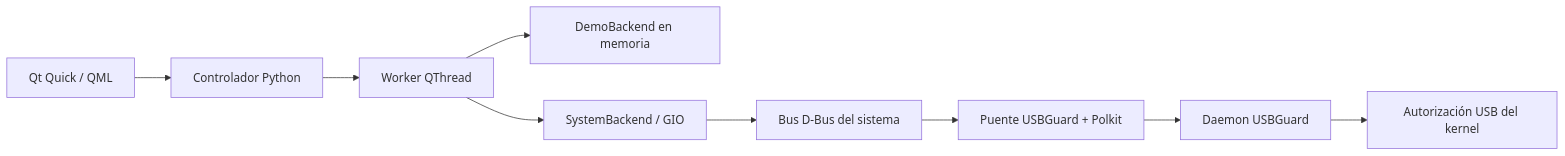
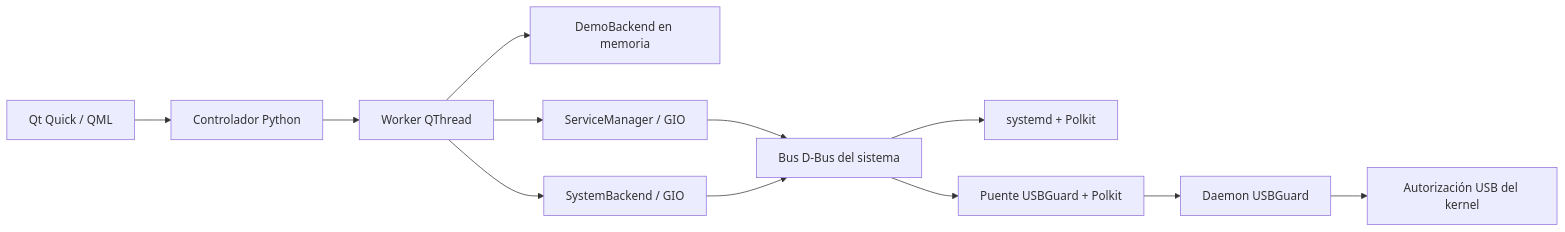
Before and after one commit to Lupo-SysAdmin/usbguard-control: the diagram in docs/ARCHITECTURE.md, drawn with Mermaid. The commit also changed other lines of this file and 22 other files, not shown here.

````diff
--- a/docs/ARCHITECTURE.md
+++ b/docs/ARCHITECTURE.md
@@ -3,11 +3,14 @@
 ```mermaid
 flowchart LR
     Q[Qt Quick / QML] --> C[Controlador Python]
     C --> W[Worker QThread]
     W --> D[DemoBackend en memoria]
     W --> B[SystemBackend / GIO]
+    W --> M[ServiceManager / GIO]
+    M --> S
     B --> S[Bus D-Bus del sistema]
+    S --> Y[systemd + Polkit]
     S --> U[Puente USBGuard + Polkit]
     U --> E[Daemon USBGuard]
     E --> K[Autorización USB del kernel]
 ```
````
